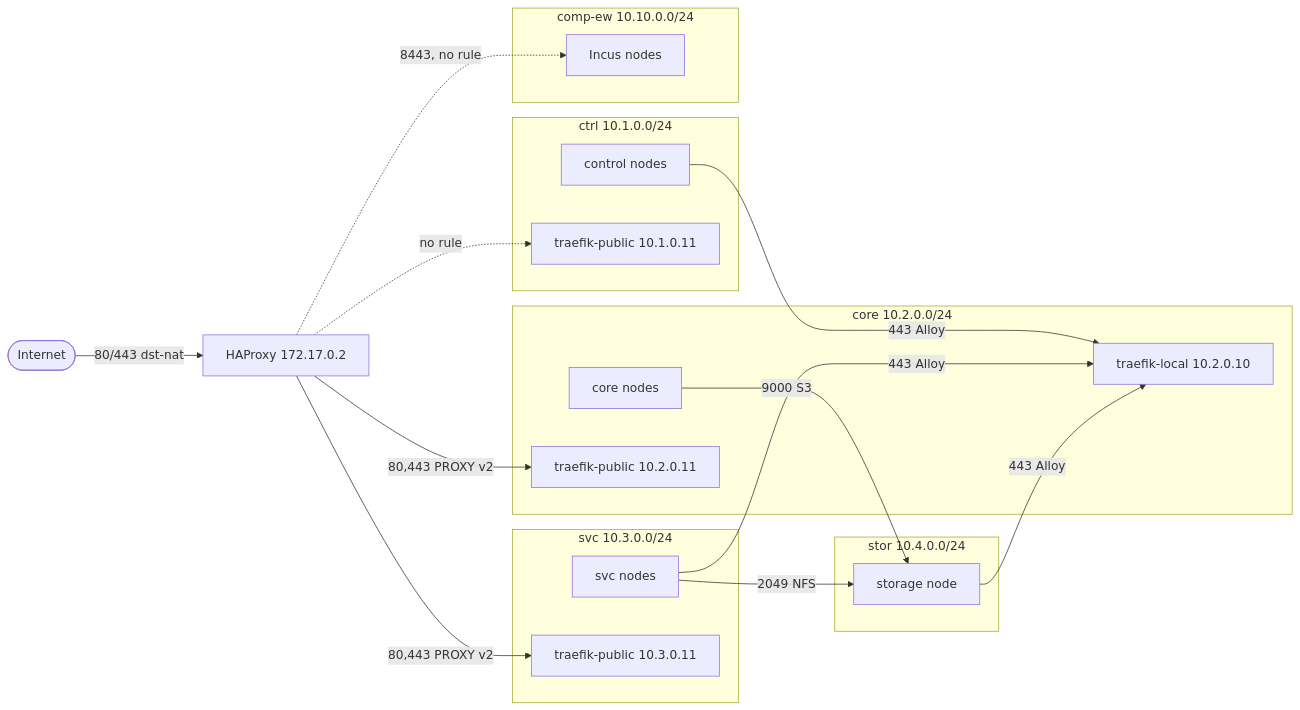
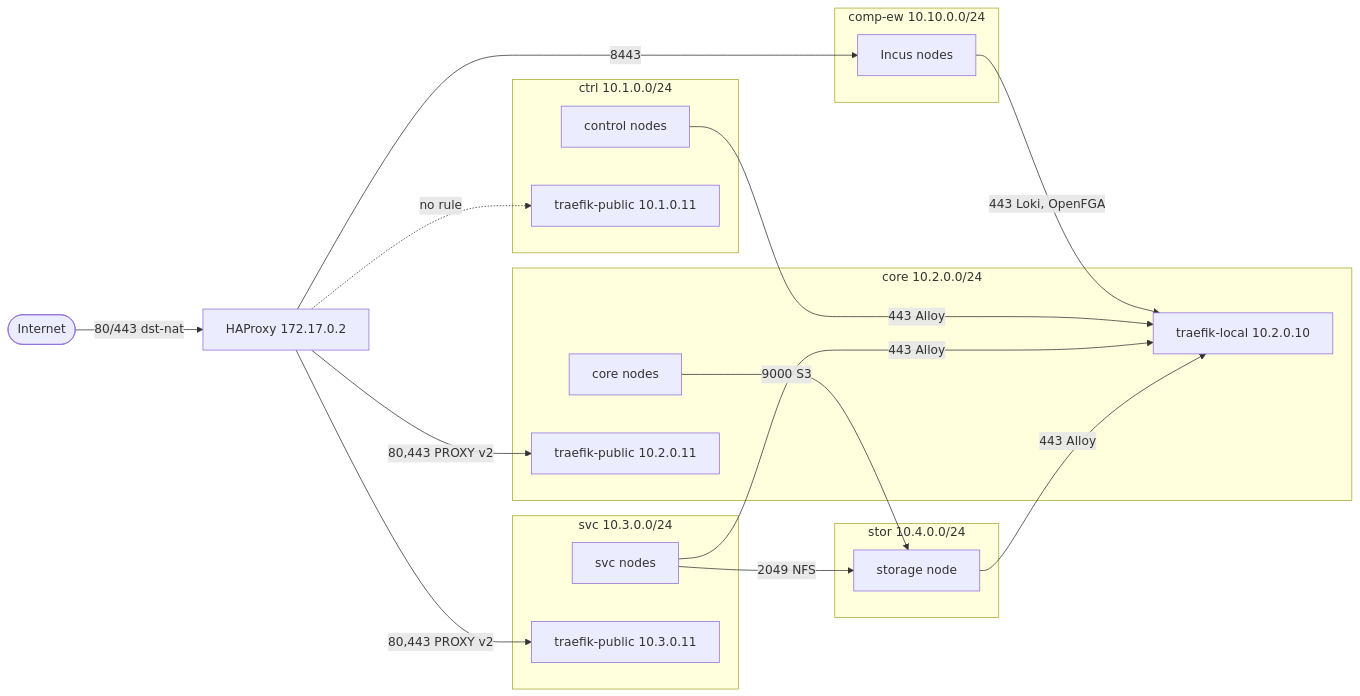
Before and after one commit to phorge-fr/Network: the second of 2 diagrams in docs/architecture.md, drawn with Mermaid. The commit also changed other lines of this file and 1 other file, not shown here.

First line of the commit message:
feat(network,firewall): move comp-ns to 10.11.0.0/24 and allow BGP from the Incus nodes

````diff
--- a/docs/architecture.md
+++ b/docs/architecture.md
@@ -144,32 +146,33 @@
 ```mermaid
 flowchart LR
     inet(["Internet"]) -->|"80/443 dst-nat"| ha["HAProxy 172.17.0.2"]
     subgraph ctrlv["ctrl 10.1.0.0/24"]
         ctrln["control nodes"]
         ctrling["traefik-public 10.1.0.11"]
     end
     subgraph corev["core 10.2.0.0/24"]
         coren["core nodes"]
         coreing["traefik-public 10.2.0.11"]
         corelocal["traefik-local 10.2.0.10"]
     end
     subgraph svcv["svc 10.3.0.0/24"]
         svcn["svc nodes"]
         svcing["traefik-public 10.3.0.11"]
     end
     subgraph storv["stor 10.4.0.0/24"]
         stor["storage node"]
     end
     subgraph compv["comp-ew 10.10.0.0/24"]
         incus["Incus nodes"]
     end
     ha -->|"80,443 PROXY v2"| coreing
     ha -->|"80,443 PROXY v2"| svcing
     ha -.->|"no rule"| ctrling
-    ha -.->|"8443, no rule"| incus
+    ha -->|"8443"| incus
+    incus -->|"443 Loki, OpenFGA"| corelocal
     ctrln -->|"443 Alloy"| corelocal
     svcn -->|"443 Alloy"| corelocal
     stor -->|"443 Alloy"| corelocal
     svcn -->|"2049 NFS"| stor
     coren -->|"9000 S3"| stor
 ```
````
